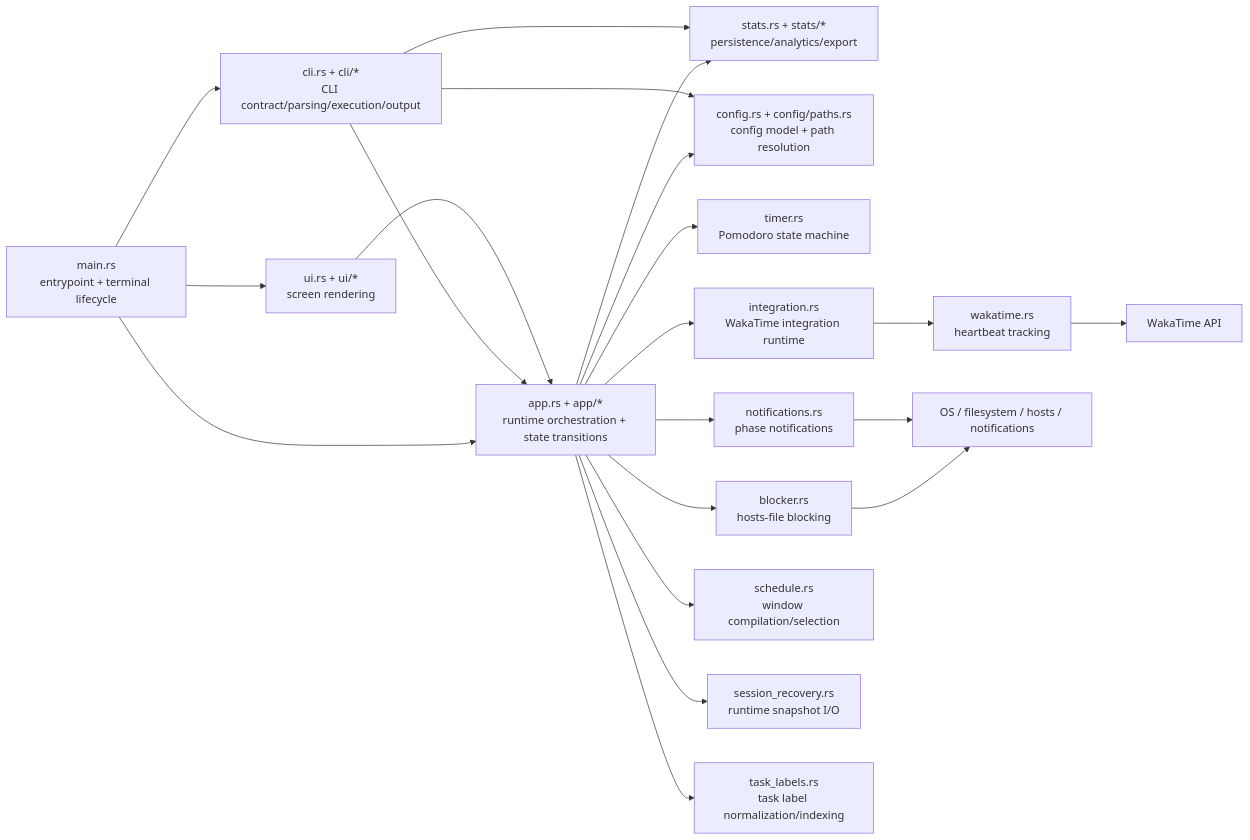
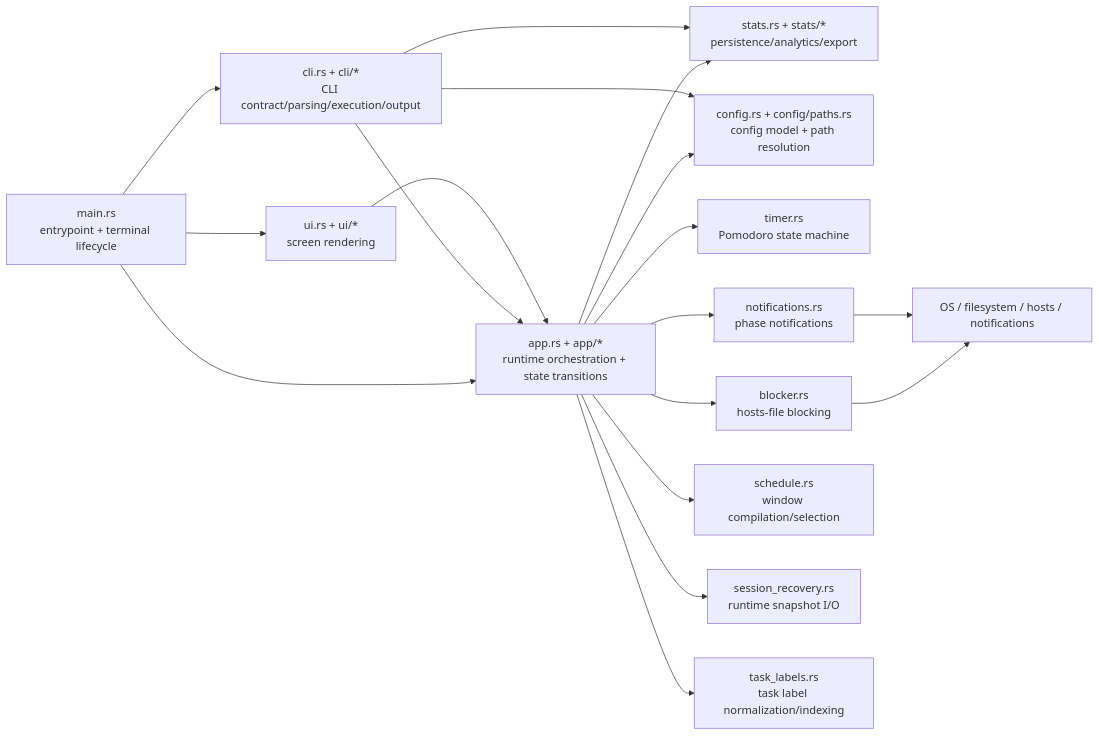
Before and after one commit to utilForever/focustime: the first of 2 diagrams in ARCHITECTURE.md, drawn with Mermaid. The commit also changed other lines of this file and 6 other files, not shown here.

````diff
--- a/ARCHITECTURE.md
+++ b/ARCHITECTURE.md
@@ -10,40 +10,34 @@
 ```mermaid
 flowchart LR
     M["main.rs<br/>entrypoint + terminal lifecycle"]
     CLI["cli.rs + cli/*<br/>CLI contract/parsing/execution/output"]
     APP["app.rs + app/*<br/>runtime orchestration + state transitions"]
     UI["ui.rs + ui/*<br/>screen rendering"]
     ST["stats.rs + stats/*<br/>persistence/analytics/export"]
     CFG["config.rs + config/paths.rs<br/>config model + path resolution"]
     TM["timer.rs<br/>Pomodoro state machine"]
     BL["blocker.rs<br/>hosts-file blocking"]
-    IG["integration.rs<br/>WakaTime integration runtime"]
-    WK["wakatime.rs<br/>heartbeat tracking"]
     NT["notifications.rs<br/>phase notifications"]
     SCH["schedule.rs<br/>window compilation/selection"]
     REC["session_recovery.rs<br/>runtime snapshot I/O"]
     TL["task_labels.rs<br/>task label normalization/indexing"]
     OS["OS / filesystem / hosts / notifications"]
-    API["WakaTime API"]
 
     M --> CLI
     M --> APP
     M --> UI
     APP --> CFG
     APP --> TM
     APP --> BL
-    APP --> IG
-    IG --> WK
     APP --> NT
     APP --> SCH
     APP --> ST
     APP --> TL
     APP --> REC
     CLI --> APP
     CLI --> CFG
     CLI --> ST
     UI --> APP
     BL --> OS
     NT --> OS
-    WK --> API
 ```
````
